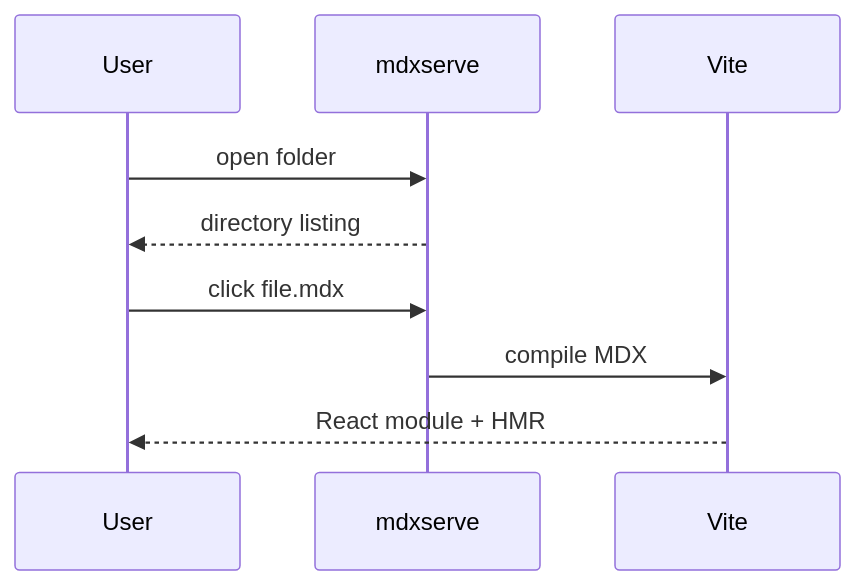
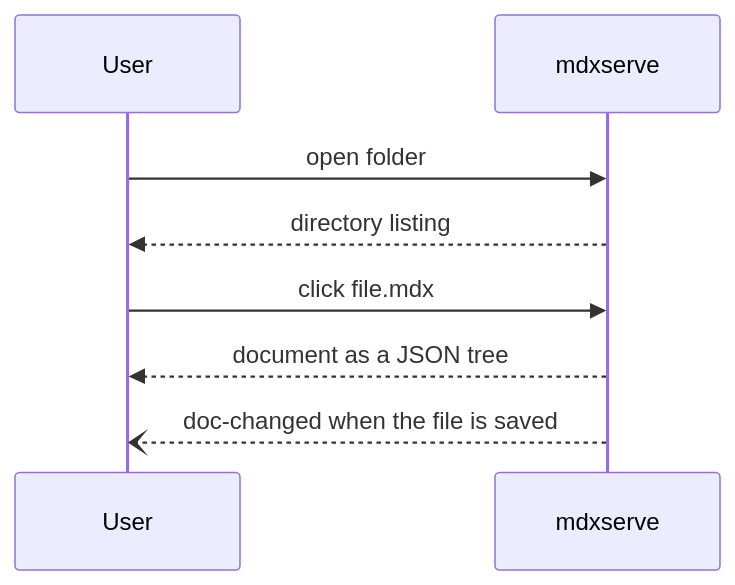
Before and after one commit to karimsa/mdxserve: the second of 2 diagrams in example/01-markdown.md, drawn with Mermaid. The commit also changed other lines of this file and 67 other files, not shown here.

````diff
--- a/example/01-markdown.md
+++ b/example/01-markdown.md
@@ -186,11 +186,10 @@
 ```mermaid
 sequenceDiagram
   participant U as User
   participant M as mdxserve
-  participant V as Vite
   U->>M: open folder
   M-->>U: directory listing
   U->>M: click file.mdx
-  M->>V: compile MDX
-  V-->>U: React module + HMR
+  M-->>U: document as a JSON tree
+  M--)U: doc-changed when the file is saved
 ```
````
